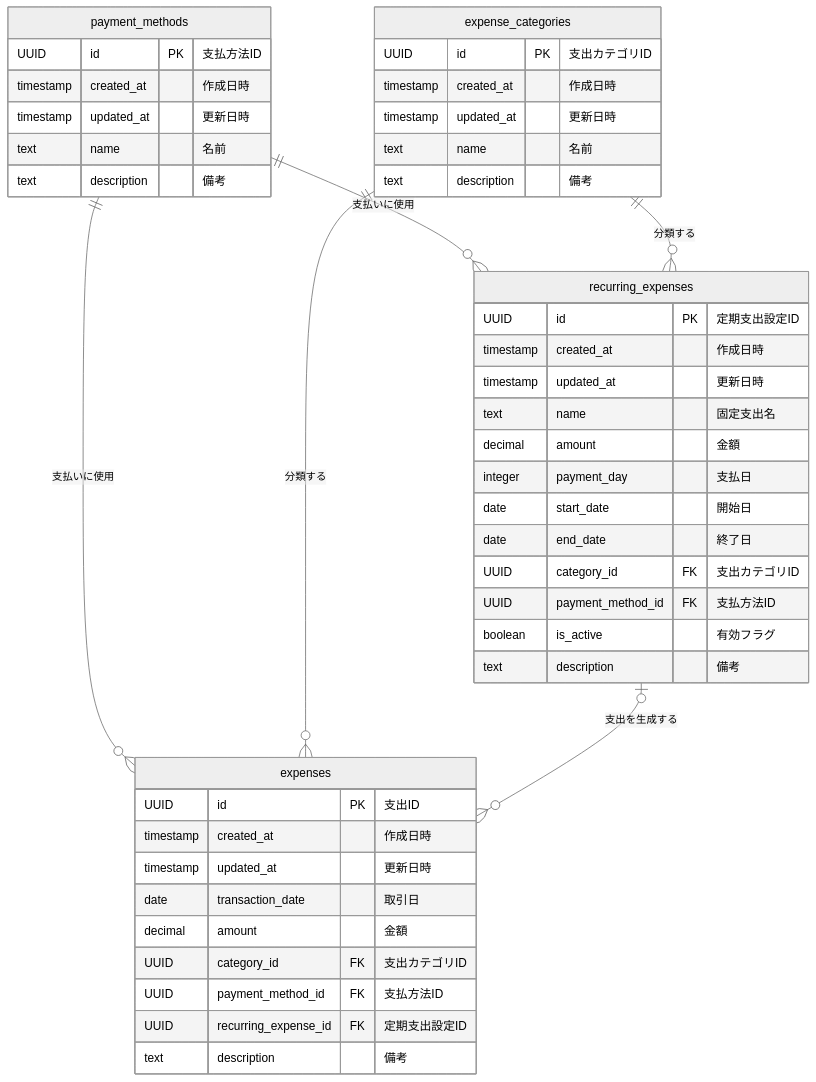
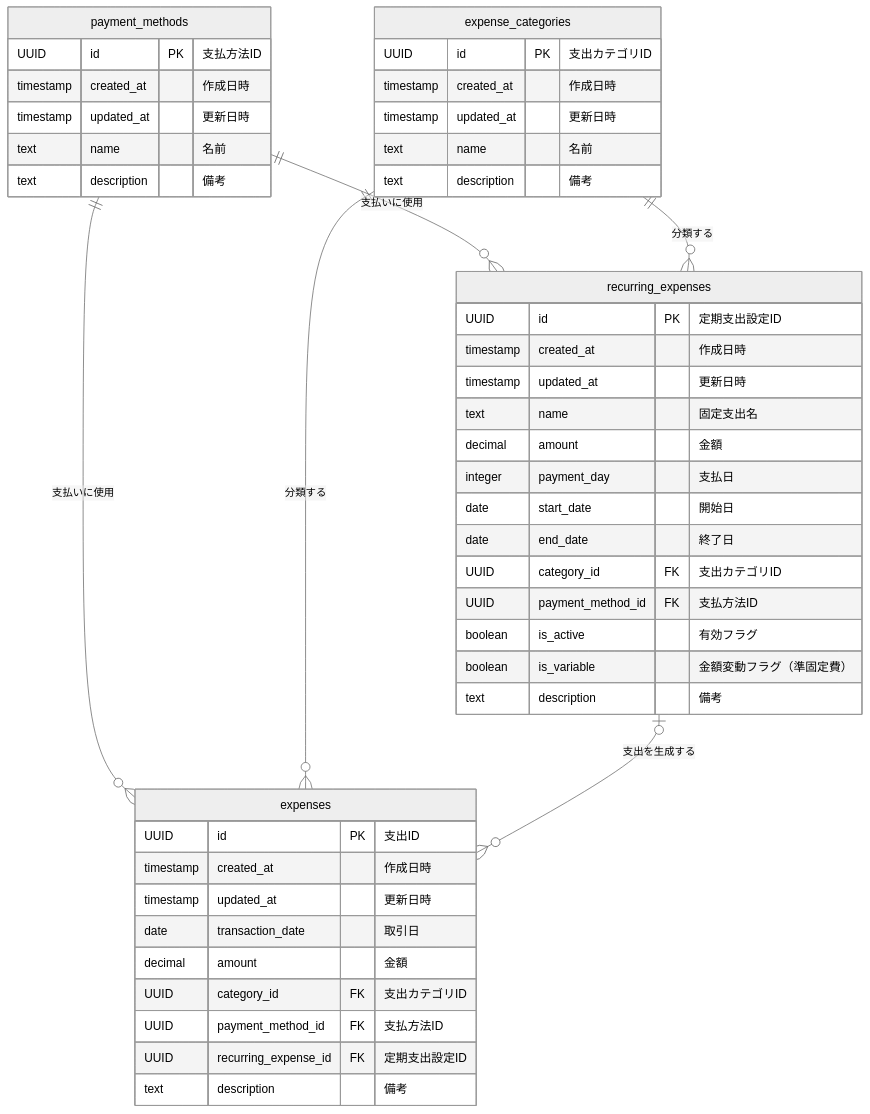
Before and after one commit to Kai17-a/kakeibo-app: the first of 2 diagrams in docs/design/database.md, drawn with Mermaid (neutral theme). The commit also changed 1 other file, not shown here.

Commit message:
docs(design): 準固定費の設計書更新

````diff
--- a/docs/design/database.md
+++ b/docs/design/database.md
@@ -5,57 +5,58 @@
 ```mermaid
 erDiagram
   %% 支出テーブル %%
   支出[expenses] {
       UUID id PK "支出ID"
       timestamp created_at "作成日時"
       timestamp updated_at "更新日時"
       date transaction_date "取引日"
       decimal amount "金額"
       UUID category_id FK "支出カテゴリID"
       UUID payment_method_id FK "支払方法ID"
       UUID recurring_expense_id FK "定期支出設定ID"
       text description "備考"
   }
 
   %% 支出カテゴリテーブル %%
   支出カテゴリ[expense_categories] {
       UUID id PK "支出カテゴリID"
       timestamp created_at "作成日時"
       timestamp updated_at "更新日時"
       text name "名前"
       text description "備考"
   }
 
   %% 定期支出設定テーブル %%
   定期支出設定[recurring_expenses] {
       UUID id PK "定期支出設定ID"
       timestamp created_at "作成日時"
       timestamp updated_at "更新日時"
       text name "固定支出名"
       decimal amount "金額"
       integer payment_day "支払日"
       date start_date "開始日"
       date end_date "終了日"
       UUID category_id FK "支出カテゴリID"
       UUID payment_method_id FK "支払方法ID"
       boolean is_active "有効フラグ"
+      boolean is_variable "金額変動フラグ（準固定費）"
       text description "備考"
   }
 
   %% 支払方法テーブル %%
   支払方法[payment_methods] {
       UUID id PK "支払方法ID"
       timestamp created_at "作成日時"
       timestamp updated_at "更新日時"
       text name "名前"
       text description "備考"
   }
 
   支払方法 ||--o{ 支出 : "支払いに使用"
   支出カテゴリ ||--o{ 支出 : "分類する"
 
   支払方法 ||--o{ 定期支出設定 : "支払いに使用"
   支出カテゴリ ||--o{ 定期支出設定 : "分類する"
 
   定期支出設定 o|--o{ 支出 : "支出を生成する"
 ```
````
